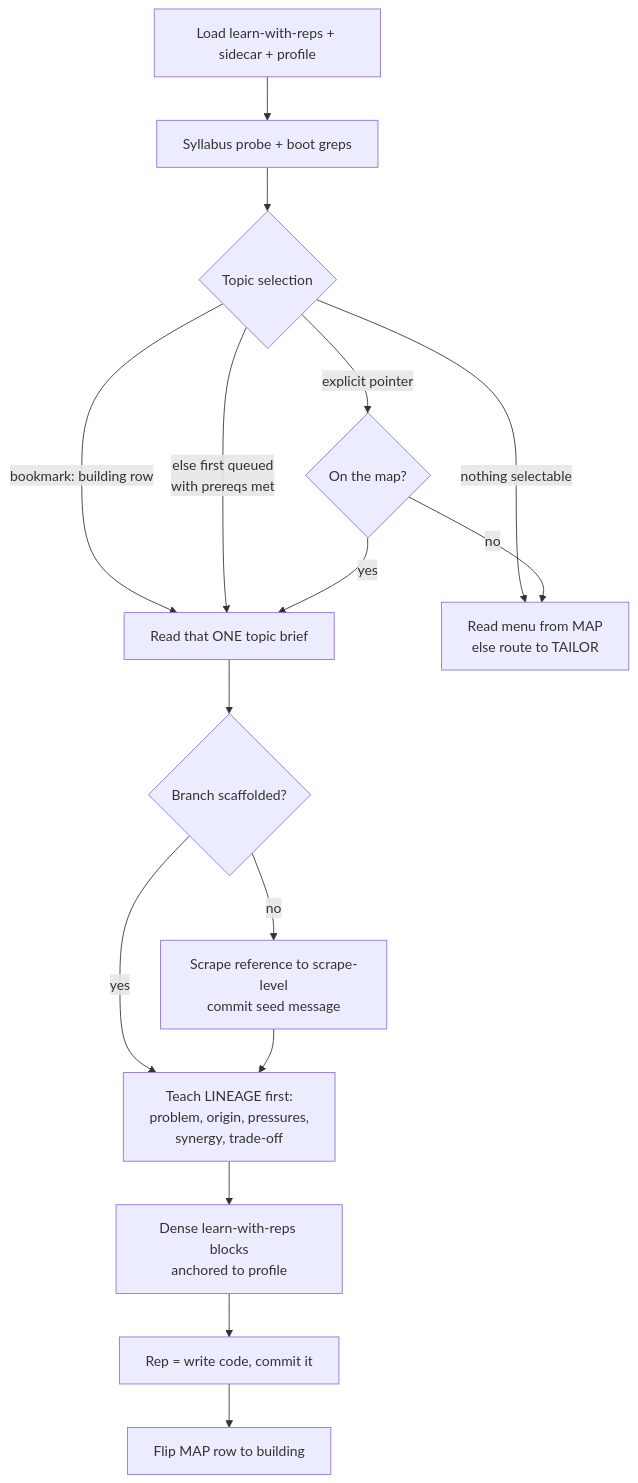
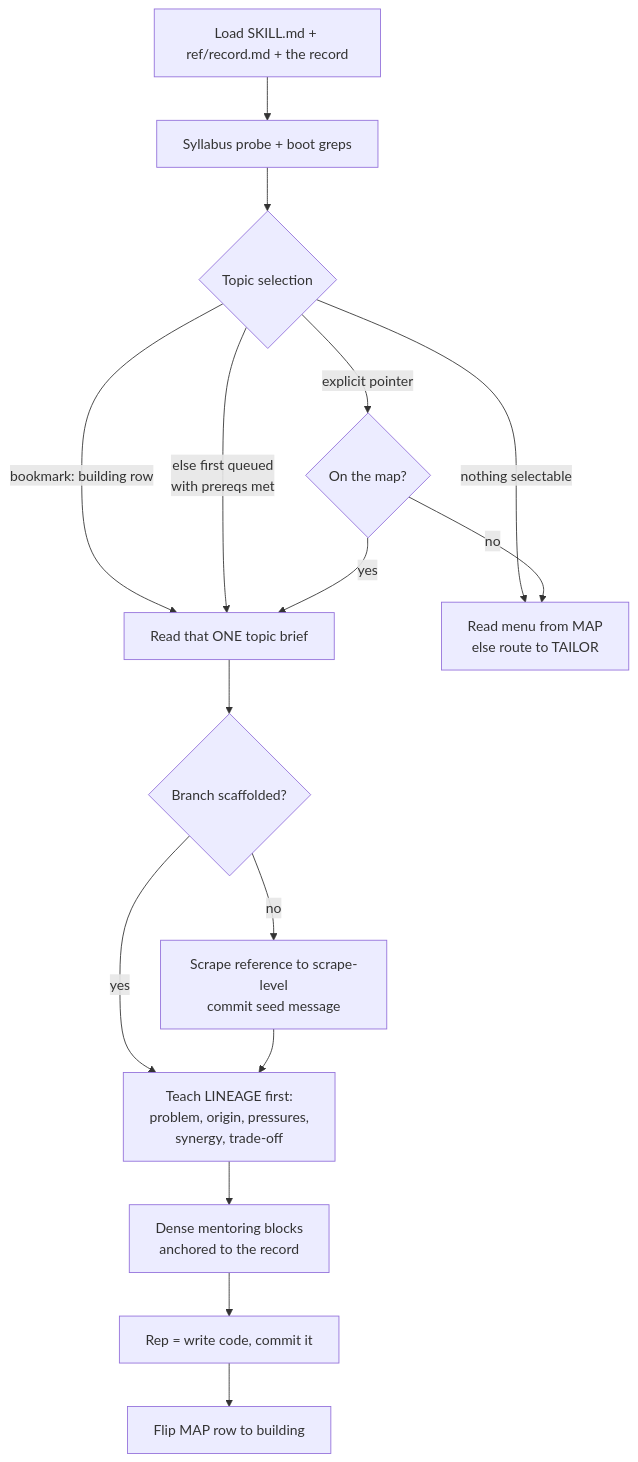
The third of 5 diagrams in skills/learn/ref/rebuild-design.md (luutuankiet/learn-with-feedback-loop), drawn with Mermaid before and after one commit. The commit also changed other lines of this file and 11 other files, not shown here.

````diff
--- a/skills/learn/ref/rebuild-design.md
+++ b/skills/learn/ref/rebuild-design.md
@@ -96,18 +96,18 @@
 ```mermaid
 flowchart TD
-  A[Load learn-with-reps + sidecar + profile] --> B[Syllabus probe + boot greps]
+  A[Load SKILL.md + ref/record.md + the record] --> B[Syllabus probe + boot greps]
   B --> C{Topic selection}
   C -->|explicit pointer| D{On the map?}
   C -->|bookmark: building row| E[Read that ONE topic brief]
   C -->|else first queued<br/>with prereqs met| E
   C -->|nothing selectable| T[Read menu from MAP<br/>else route to TAILOR]
   D -->|yes| E
   D -->|no| T
   E --> F{Branch scaffolded?}
   F -->|no| G[Scrape reference to scrape-level<br/>commit seed message]
   F -->|yes| H[Teach LINEAGE first:<br/>problem, origin, pressures,<br/>synergy, trade-off]
   G --> H
-  H --> I[Dense learn-with-reps blocks<br/>anchored to profile]
+  H --> I[Dense mentoring blocks<br/>anchored to the record]
   I --> J[Rep = write code, commit it]
   J --> K[Flip MAP row to building]
 ```
````
